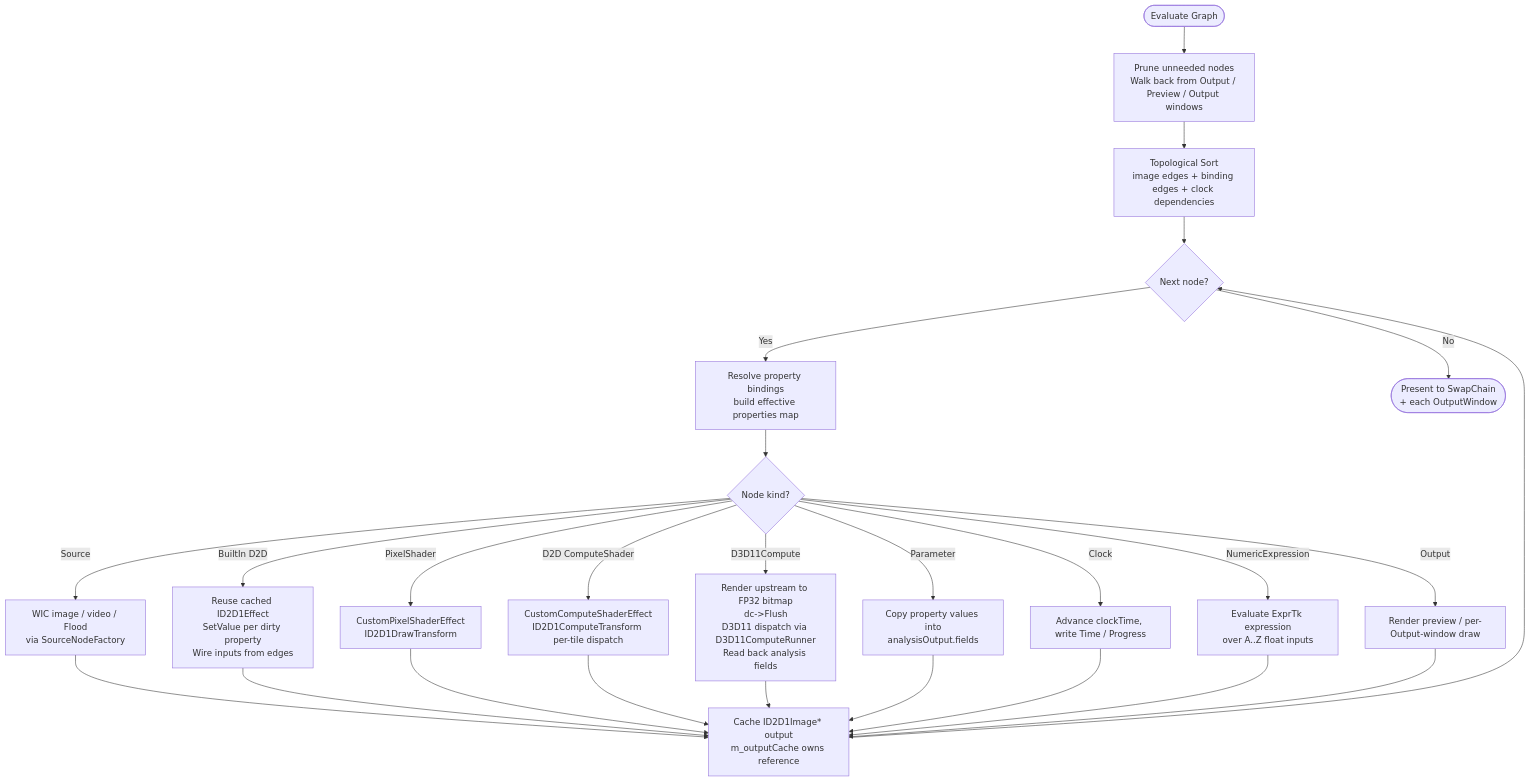
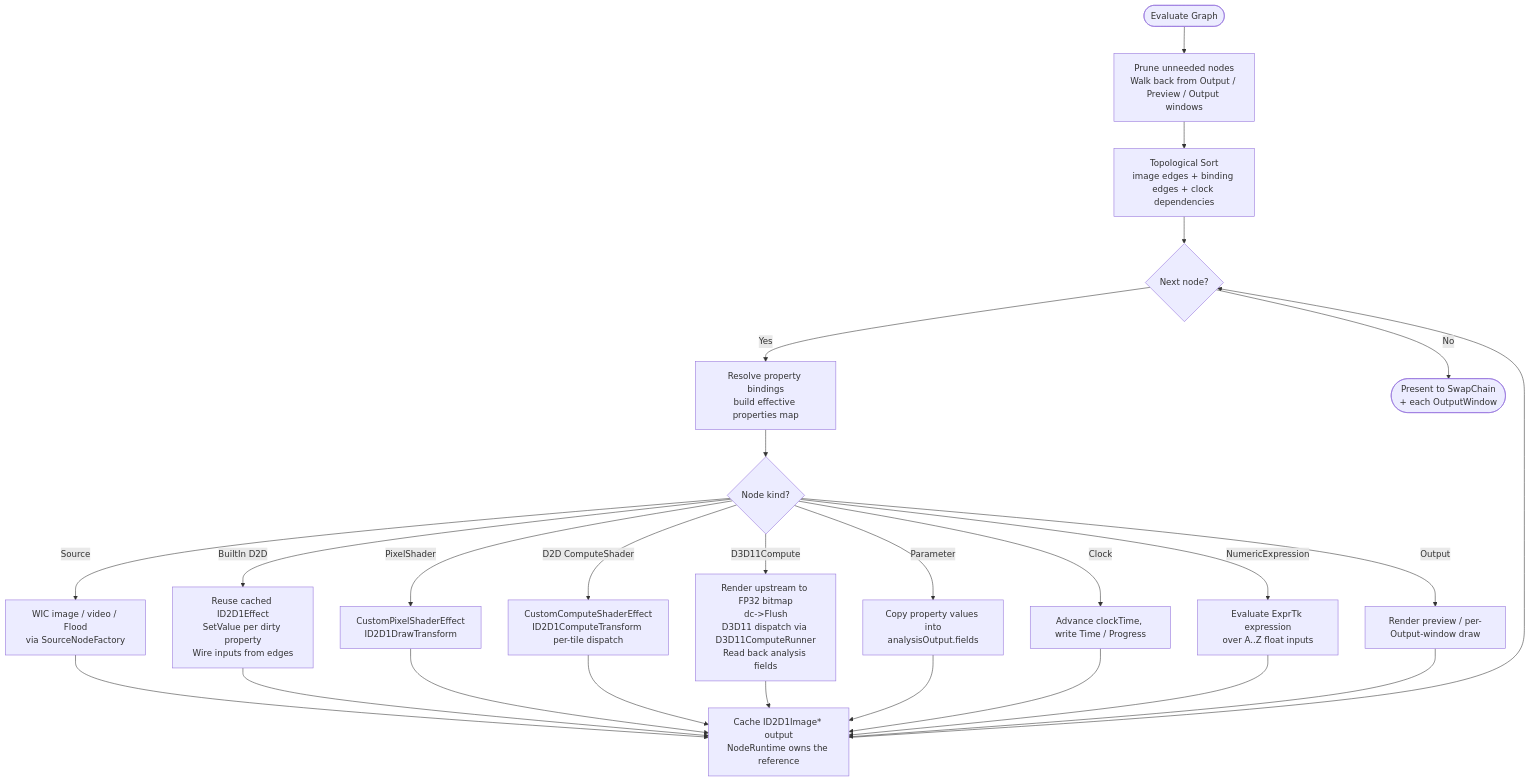
One commit to Spruill-1/ShaderLab changed the diagram in docs/architecture/topological-evaluation.md. Above: the diagram before and after it, drawn with Mermaid. The commit also changed other lines of this file and 356 other files, not shown here.

````diff
--- a/docs/architecture/topological-evaluation.md
+++ b/docs/architecture/topological-evaluation.md
@@ -3,28 +3,28 @@
 ```mermaid
 flowchart TD
     START([Evaluate Graph]) --> PRUNE[Prune unneeded nodes<br/>Walk back from Output / Preview / Output windows]
     PRUNE --> TOPO[Topological Sort<br/>image edges + binding edges + clock dependencies]
     TOPO --> LOOP{Next node?}
     LOOP -->|Yes| RESOLVE[Resolve property bindings<br/>build effective properties map]
     RESOLVE --> CHECK{Node kind?}
     CHECK -->|Source| LOAD[WIC image / video / Flood<br/>via SourceNodeFactory]
     CHECK -->|BuiltIn D2D| D2D[Reuse cached ID2D1Effect<br/>SetValue per dirty property<br/>Wire inputs from edges]
     CHECK -->|PixelShader| PS[CustomPixelShaderEffect<br/>ID2D1DrawTransform]
     CHECK -->|D2D ComputeShader| CS[CustomComputeShaderEffect<br/>ID2D1ComputeTransform per-tile dispatch]
     CHECK -->|D3D11Compute| D3D11[Render upstream to FP32 bitmap<br/>dc->Flush<br/>D3D11 dispatch via D3D11ComputeRunner<br/>Read back analysis fields]
     CHECK -->|Parameter| PARAM[Copy property values into<br/>analysisOutput.fields]
     CHECK -->|Clock| CLK[Advance clockTime, write Time / Progress]
     CHECK -->|NumericExpression| EXPR[Evaluate ExprTk expression<br/>over A..Z float inputs]
     CHECK -->|Output| OUT[Render preview / per-Output-window draw]
-    LOAD --> CACHE[Cache ID2D1Image* output<br/>m_outputCache owns reference]
+    LOAD --> CACHE[Cache ID2D1Image* output<br/>NodeRuntime owns the reference]
     D2D --> CACHE
     PS --> CACHE
     CS --> CACHE
     D3D11 --> CACHE
     PARAM --> CACHE
     CLK --> CACHE
     EXPR --> CACHE
     OUT --> CACHE
     CACHE --> LOOP
     LOOP -->|No| PRESENT([Present to SwapChain<br/>+ each OutputWindow])
 ```
````
